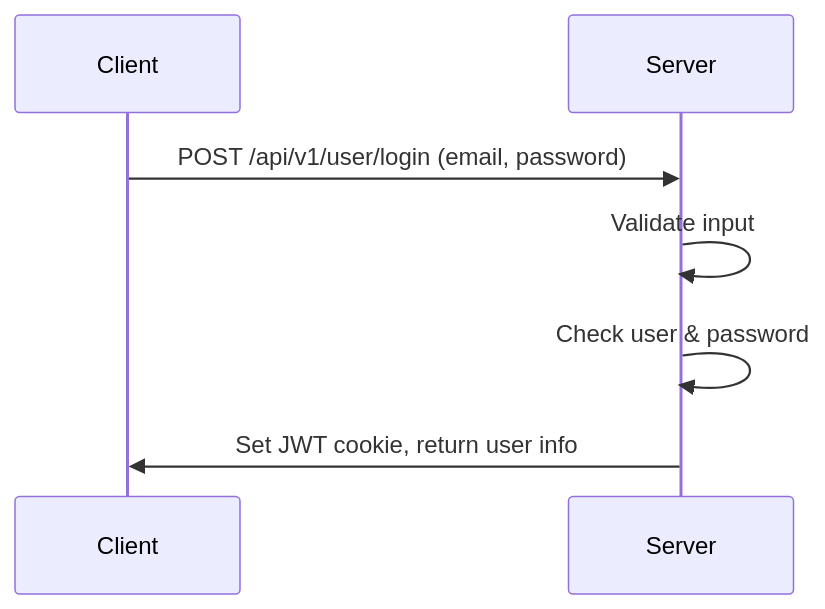
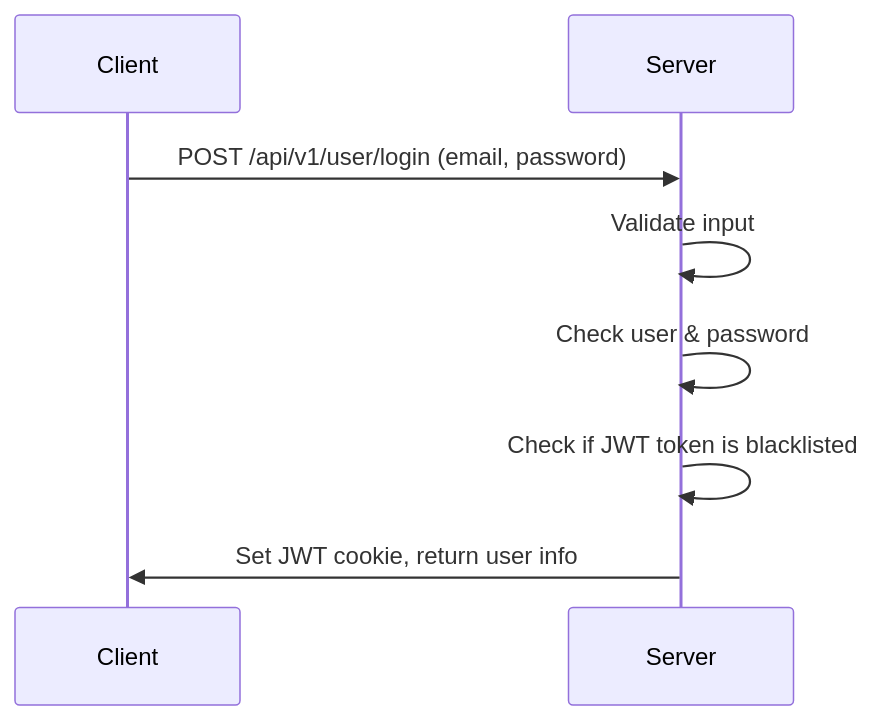
The second of 3 diagrams in server/readme.md (Sumitrathore10/Uber), drawn with Mermaid before and after one commit. The commit also changed other lines of this file, not shown here.

````diff
--- a/server/readme.md
+++ b/server/readme.md
@@ -131,9 +130,10 @@
 ```mermaid
 sequenceDiagram
     participant Client
     participant Server
     Client->>Server: POST /api/v1/user/login (email, password)
     Server->>Server: Validate input
     Server->>Server: Check user & password
+    Server->>Server: Check if JWT token is blacklisted
     Server->>Client: Set JWT cookie, return user info
 ```
````
